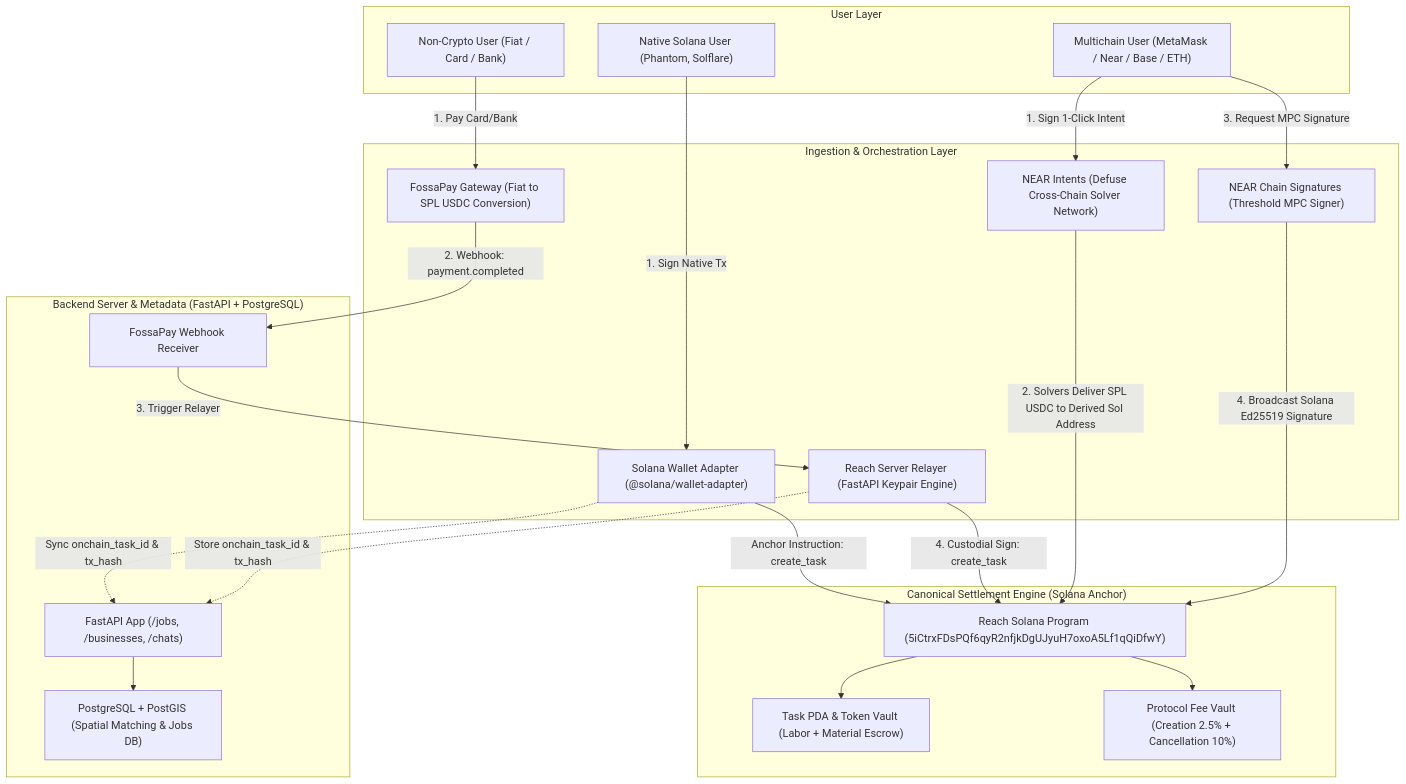
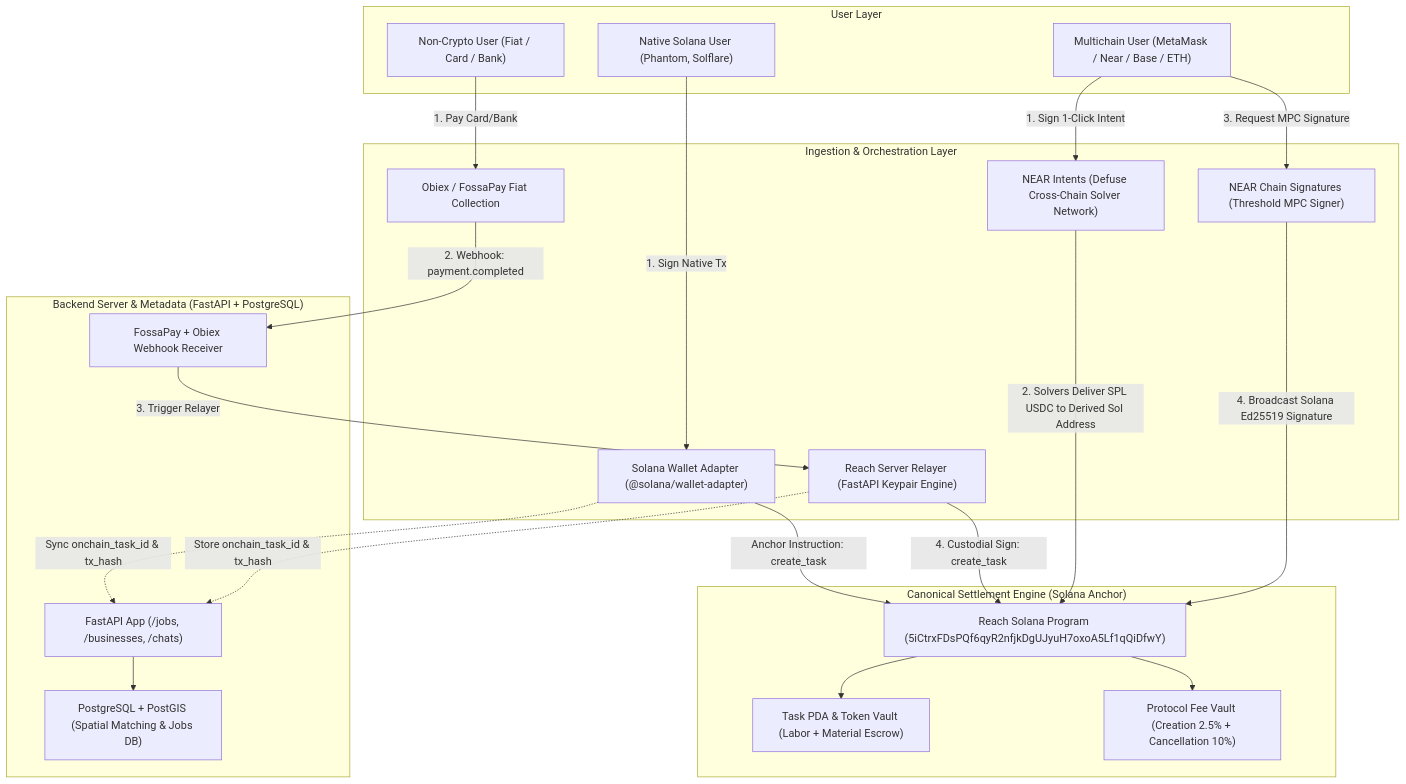
Before and after one commit to Penivera/Reach: the first of 5 diagrams in reach_flows_and_architecture_documentation.md, drawn with Mermaid. The commit also changed other lines of this file and 9 other files, not shown here.

````diff
--- a/reach_flows_and_architecture_documentation.md
+++ b/reach_flows_and_architecture_documentation.md
@@ -13,48 +21,48 @@
 ```mermaid
 flowchart TD
     subgraph Users["User Layer"]
         U1["Native Solana User (Phantom, Solflare)"]
         U2["Non-Crypto User (Fiat / Card / Bank)"]
         U3["Multichain User (MetaMask / Near / Base / ETH)"]
     end
 
     subgraph Ingestion_Layer["Ingestion & Orchestration Layer"]
         W_Sol["Solana Wallet Adapter (@solana/wallet-adapter)"]
-        FP["FossaPay Gateway (Fiat to SPL USDC Conversion)"]
+        FP["Obiex / FossaPay Fiat Collection"]
         NI["NEAR Intents (Defuse Cross-Chain Solver Network)"]
         CS["NEAR Chain Signatures (Threshold MPC Signer)"]
         Relayer["Reach Server Relayer (FastAPI Keypair Engine)"]
     end
 
     subgraph Settlement_Layer["Canonical Settlement Engine (Solana Anchor)"]
         SC["Reach Solana Program (5iCtrxFDsPQf6qyR2nfjkDgUJyuH7oxoA5Lf1qQiDfwY)"]
         TaskPDA["Task PDA & Token Vault (Labor + Material Escrow)"]
         FeeVault["Protocol Fee Vault (Creation 2.5% + Cancellation 10%)"]
     end
 
     subgraph Server_Database["Backend Server & Metadata (FastAPI + PostgreSQL)"]
         API["FastAPI App (/jobs, /businesses, /chats)"]
         DB["PostgreSQL + PostGIS (Spatial Matching & Jobs DB)"]
-        Webhook["FossaPay Webhook Receiver"]
+        Webhook["FossaPay + Obiex Webhook Receiver"]
     end
 
     U1 -->|1. Sign Native Tx| W_Sol
     W_Sol -->|Anchor Instruction: create_task| SC
 
     U2 -->|1. Pay Card/Bank| FP
     FP -->|2. Webhook: payment.completed| Webhook
     Webhook -->|3. Trigger Relayer| Relayer
     Relayer -->|4. Custodial Sign: create_task| SC
 
     U3 -->|1. Sign 1-Click Intent| NI
     NI -->|2. Solvers Deliver SPL USDC to Derived Sol Address| SC
     U3 -->|3. Request MPC Signature| CS
     CS -->|4. Broadcast Solana Ed25519 Signature| SC
 
     SC --> TaskPDA
     SC --> FeeVault
 
     W_Sol -.->|Sync onchain_task_id & tx_hash| API
     Relayer -.->|Store onchain_task_id & tx_hash| API
     API --> DB
 ```
````
